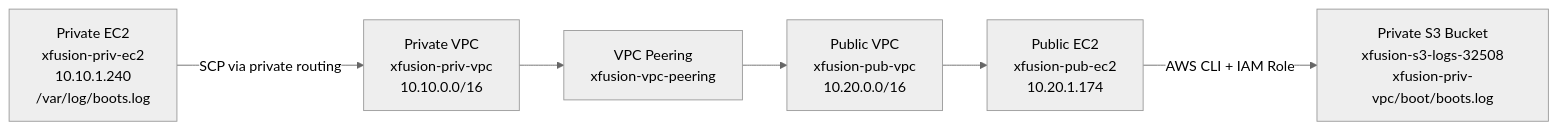
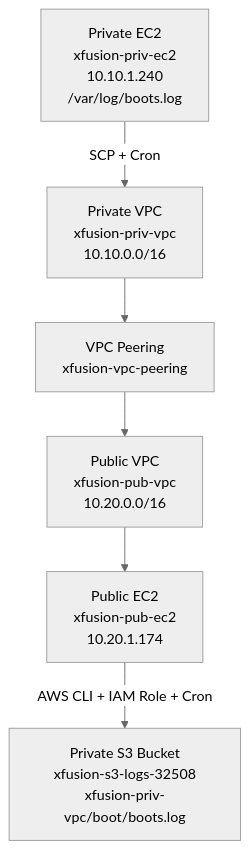
One commit to aman-khadiya/cloud-labs changed the diagram in AWS/Misc/49-XFusion-Log-Aggregation/README.md. Above: the diagram before and after it, drawn with Mermaid (neutral theme).

Commit message:
Add AWS VPC to S3 log aggregation lab

````diff
--- a/AWS/Misc/49-XFusion-Log-Aggregation/README.md
+++ b/AWS/Misc/49-XFusion-Log-Aggregation/README.md
@@ -73,15 +73,20 @@
 ```mermaid
-flowchart LR
-    A["Private EC2<br/>xfusion-priv-ec2<br/>10.10.1.240<br/>/var/log/boots.log"]
-    B["Private VPC<br/>xfusion-priv-vpc<br/>10.10.0.0/16"]
-    P["VPC Peering<br/>xfusion-vpc-peering"]
-    C["Public VPC<br/>xfusion-pub-vpc<br/>10.20.0.0/16"]
-    D["Public EC2<br/>xfusion-pub-ec2<br/>10.20.1.174"]
-    E["Private S3 Bucket<br/>xfusion-s3-logs-32508<br/>xfusion-priv-vpc/boot/boots.log"]
+flowchart TB
+    P["Private EC2<br/>xfusion-priv-ec2<br/>10.10.1.240<br/>/var/log/boots.log"]
 
-    A -->|"SCP via private routing"| B
-    B --> P
-    P --> C
-    C --> D
-    D -->|"AWS CLI + IAM Role"| E
+    PV["Private VPC<br/>xfusion-priv-vpc<br/>10.10.0.0/16"]
+
+    PEER["VPC Peering<br/>xfusion-vpc-peering"]
+
+    UV["Public VPC<br/>xfusion-pub-vpc<br/>10.20.0.0/16"]
+
+    U["Public EC2<br/>xfusion-pub-ec2<br/>10.20.1.174"]
+
+    S["Private S3 Bucket<br/>xfusion-s3-logs-32508<br/>xfusion-priv-vpc/boot/boots.log"]
+
+    P -->|"SCP + Cron"| PV
+    PV --> PEER
+    PEER --> UV
+    UV --> U
+    U -->|"AWS CLI + IAM Role + Cron"| S
 ```
````
